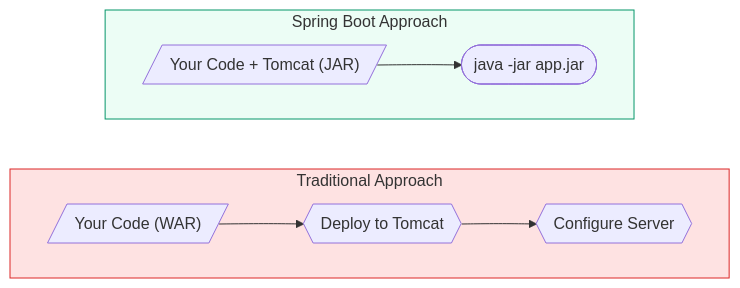
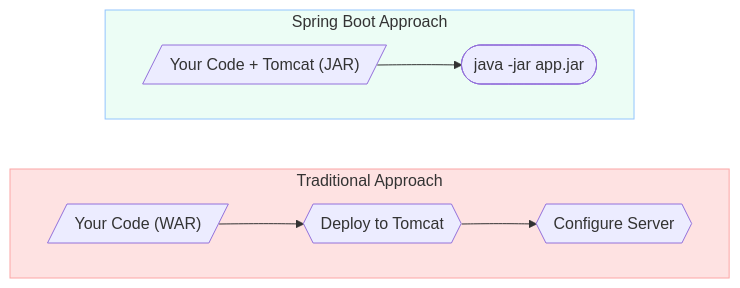
Before and after one commit to saivamsikaruturi/vamsilabs-dev-notes-main: the fifth of 6 diagrams in docs/springboot/introduction.md, drawn with Mermaid. The commit also changed other lines of this file and 220 other files, not shown here.

First line of the commit message:
Add 50+ new Java/Spring Boot pages, rewrite CSS code blocks to Oracle style, fix all diagram colors

````diff
--- a/docs/springboot/introduction.md
+++ b/docs/springboot/introduction.md
@@ -198,16 +203,16 @@
 ```mermaid
 flowchart LR
     subgraph Traditional["Traditional Approach"]
         direction LR
         A1[/"Your Code (WAR)"/] --> A2{{"Deploy to Tomcat"}}
         A2 --> A3{{"Configure Server"}}
     end
 
     subgraph SpringBoot["Spring Boot Approach"]
         direction LR
         B1[/"Your Code + Tomcat (JAR)"/] --> B2(["java -jar app.jar"])
     end
 
-    style Traditional fill:#FEE2E2,stroke:#DC2626
-    style SpringBoot fill:#ECFDF5,stroke:#059669
+    style Traditional fill:#FEE2E2,stroke:#FCA5A5
+    style SpringBoot fill:#ECFDF5,stroke:#93C5FD
 ```
````
